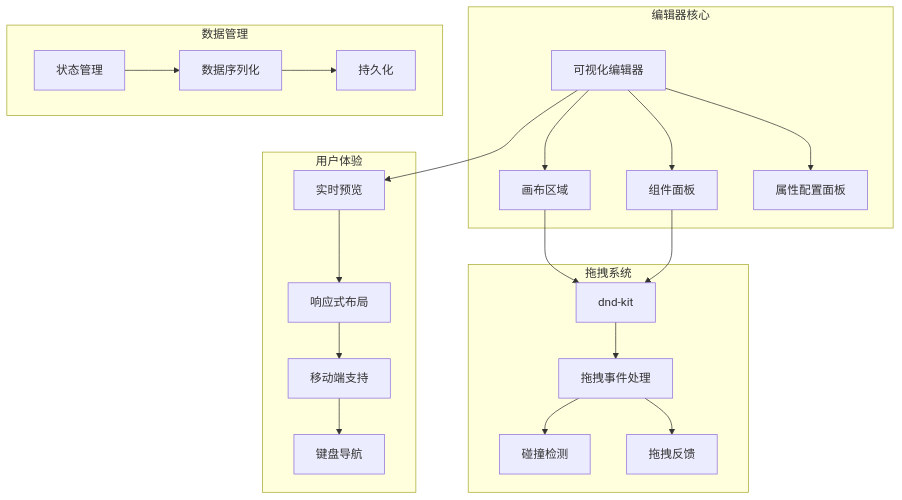
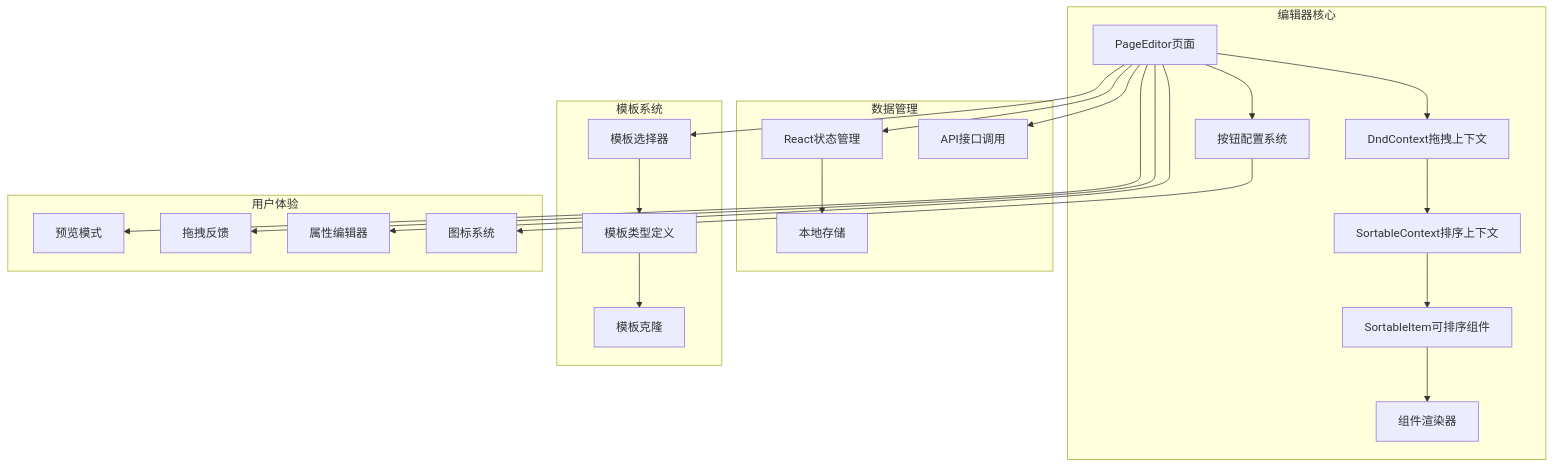
The second of 7 diagrams in .qoder/repowiki/zh/content/前端组件系统/拖拽编辑器.md (wyg5208/website_diy), drawn with Mermaid before and after one commit. The commit also changed other lines of this file and 43 other files, not shown here.

````diff
--- a/.qoder/repowiki/zh/content/前端组件系统/拖拽编辑器.md
+++ b/.qoder/repowiki/zh/content/前端组件系统/拖拽编辑器.md
@@ -90,40 +119,42 @@
 ```mermaid
 graph TB
 subgraph "编辑器核心"
-Editor[可视化编辑器]
-Canvas[画布区域]
-Panel[组件面板]
-Config[属性配置面板]
-end
-subgraph "拖拽系统"
-DnDKit[dnd-kit]
-DragDrop[拖拽事件处理]
-Collision[碰撞检测]
-Feedback[拖拽反馈]
+Editor[PageEditor页面]
+DndContext[DndContext拖拽上下文]
+SortableContext[SortableContext排序上下文]
+SortableItem[SortableItem可排序组件]
+ComponentRenderer[组件渲染器]
+ButtonConfig[按钮配置系统]
 end
 subgraph "数据管理"
-State[状态管理]
-Storage[数据序列化]
-Persistence[持久化]
+State[React状态管理]
+LocalStorage[本地存储]
+API[API接口调用]
+end
+subgraph "模板系统"
+TemplateSelector[模板选择器]
+TemplateTypes[模板类型定义]
+TemplateClone[模板克隆]
 end
 subgraph "用户体验"
-Preview[实时预览]
-Responsive[响应式布局]
-Mobile[移动端支持]
-Keyboard[键盘导航]
+Preview[预览模式]
+DragFeedback[拖拽反馈]
+PropsEditor[属性编辑器]
+IconSystem[图标系统]
 end
-Editor --> Canvas
-Editor --> Panel
-Editor --> Config
-Canvas --> DnDKit
-Panel --> DnDKit
-DnDKit --> DragDrop
-DragDrop --> Collision
-DragDrop --> Feedback
-State --> Storage
-Storage --> Persistence
+Editor --> DndContext
+DndContext --> SortableContext
+SortableContext --> SortableItem
+SortableItem --> ComponentRenderer
+Editor --> State
+State --> LocalStorage
+Editor --> API
+Editor --> TemplateSelector
+TemplateSelector --> TemplateTypes
+TemplateTypes --> TemplateClone
 Editor --> Preview
-Preview --> Responsive
-Responsive --> Mobile
-Mobile --> Keyboard
+Editor --> DragFeedback
+Editor --> PropsEditor
+Editor --> ButtonConfig
+ButtonConfig --> IconSystem
 ```
````
